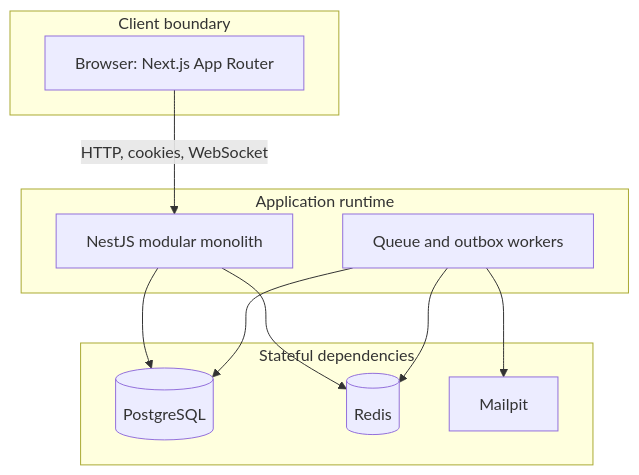
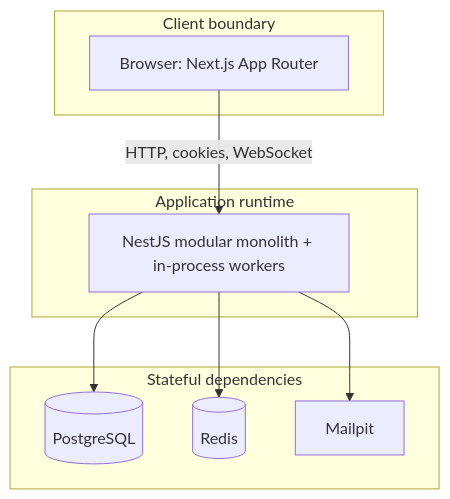
The diagram in docs/architecture/container-diagram.md (JasonTM17/Eventory), drawn with Mermaid before and after one commit. The commit also changed other lines of this file and 34 other files, not shown here.

````diff
--- a/docs/architecture/container-diagram.md
+++ b/docs/architecture/container-diagram.md
@@ -3,24 +3,21 @@
 ```mermaid
 flowchart TB
   subgraph client[Client boundary]
     browser[Browser: Next.js App Router]
   end
 
   subgraph runtime[Application runtime]
-    api[NestJS modular monolith]
-    worker[Queue and outbox workers]
+    api[NestJS modular monolith + in-process workers]
   end
 
   subgraph data[Stateful dependencies]
     postgres[(PostgreSQL)]
     redis[(Redis)]
     mailpit[Mailpit]
   end
 
   browser -->|HTTP, cookies, WebSocket| api
   api --> postgres
   api --> redis
-  worker --> postgres
-  worker --> redis
-  worker --> mailpit
+  api --> mailpit
 ```
````
